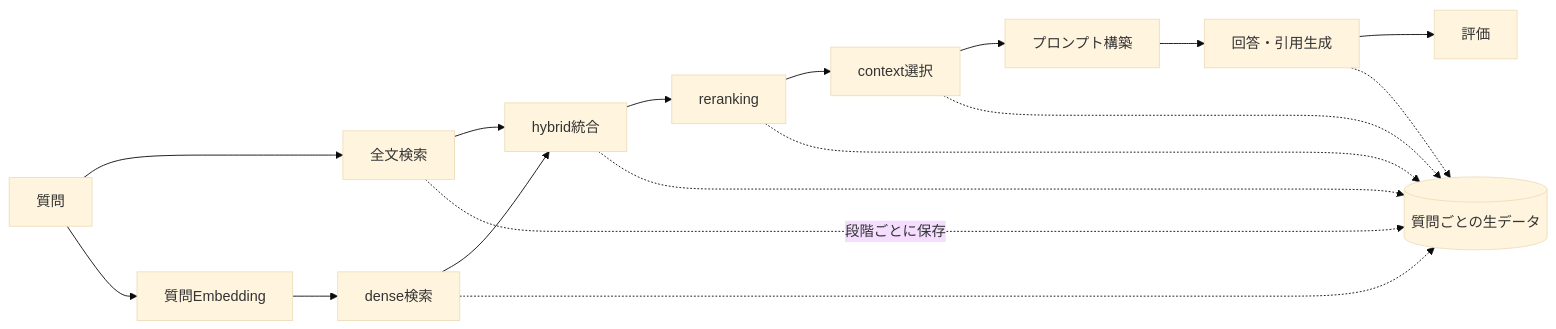
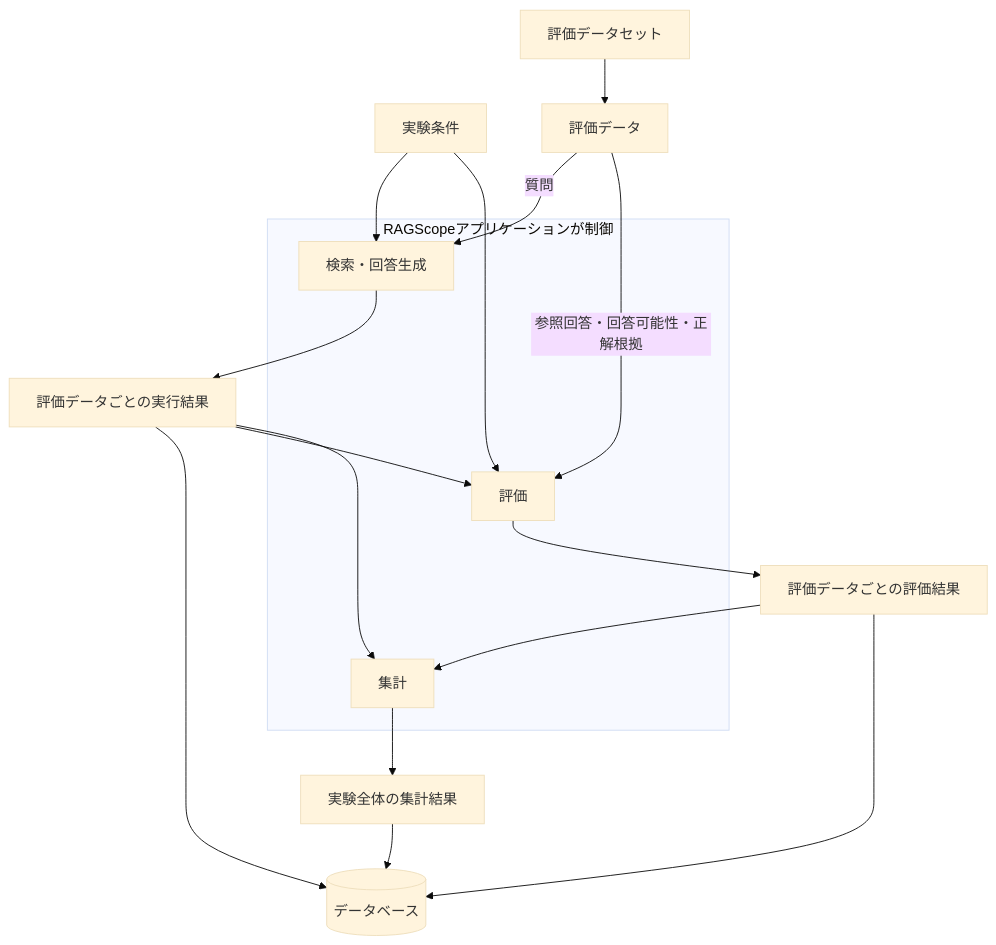
The fourth of 5 diagrams in project-docs/design/システムアーキテクチャ.md (takashit16833/RAGScope), drawn with Mermaid (base theme) before and after one commit. The commit also changed other lines of this file and 4 other files, not shown here.

````diff
--- a/project-docs/design/システムアーキテクチャ.md
+++ b/project-docs/design/システムアーキテクチャ.md
@@ -180,21 +147,28 @@
 ```mermaid
-flowchart LR
-    Q["質問"] --> FT["全文検索"]
-    Q --> QE["質問Embedding"]
-    QE --> Dense["dense検索"]
+flowchart TB
+    Conditions["実験条件"]
+    Dataset["評価データセット"] --> Data["評価データ"]
+    DB[("データベース")]
 
-    FT --> Hybrid["hybrid統合"]
-    Dense --> Hybrid
-    Hybrid --> Rerank["reranking"]
-    Rerank --> Context["context選択"]
-    Context --> Prompt["プロンプト構築"]
-    Prompt --> Generate["回答・引用生成"]
-    Generate --> Evaluate["評価"]
+    subgraph Application["RAGScopeアプリケーションが制御"]
+        Run["検索・回答生成"]
+        Evaluate["評価"]
+        Summarize["集計"]
+    end
 
-    FT -. "段階ごとに保存" .-> Store[("質問ごとの生データ")]
-    Dense -.-> Store
-    Hybrid -.-> Store
-    Rerank -.-> Store
-    Context -.-> Store
-    Generate -.-> Store
+    Conditions --> Run
+    Conditions --> Evaluate
+    Data -->|質問| Run
+    Run --> Execution["評価データごとの実行結果"]
+    Execution --> DB
+
+    Data -->|"参照回答・回答可能性・正解根拠"| Evaluate
+    Execution --> Evaluate
+    Evaluate --> Evaluation["評価データごとの評価結果"]
+    Evaluation --> DB
+
+    Execution --> Summarize
+    Evaluation --> Summarize
+    Summarize --> Aggregate["実験全体の集計結果"]
+    Aggregate --> DB
 ```
````
